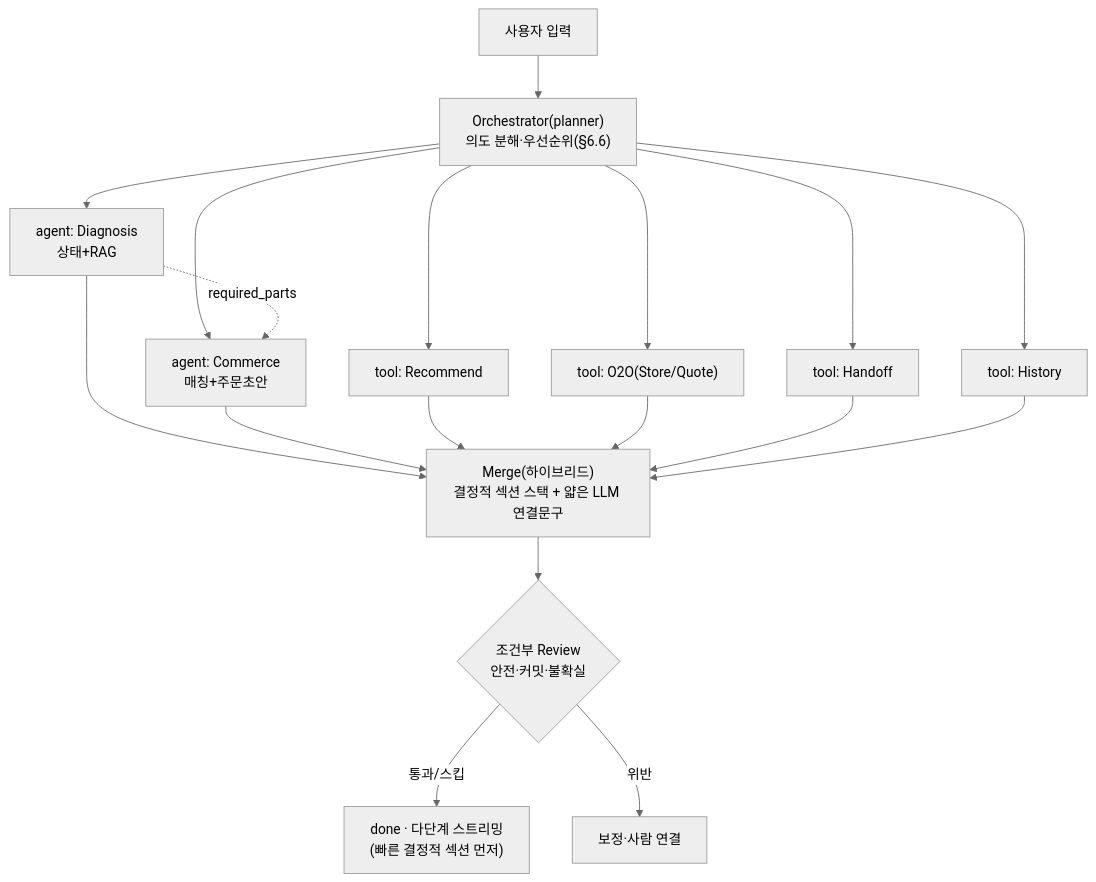
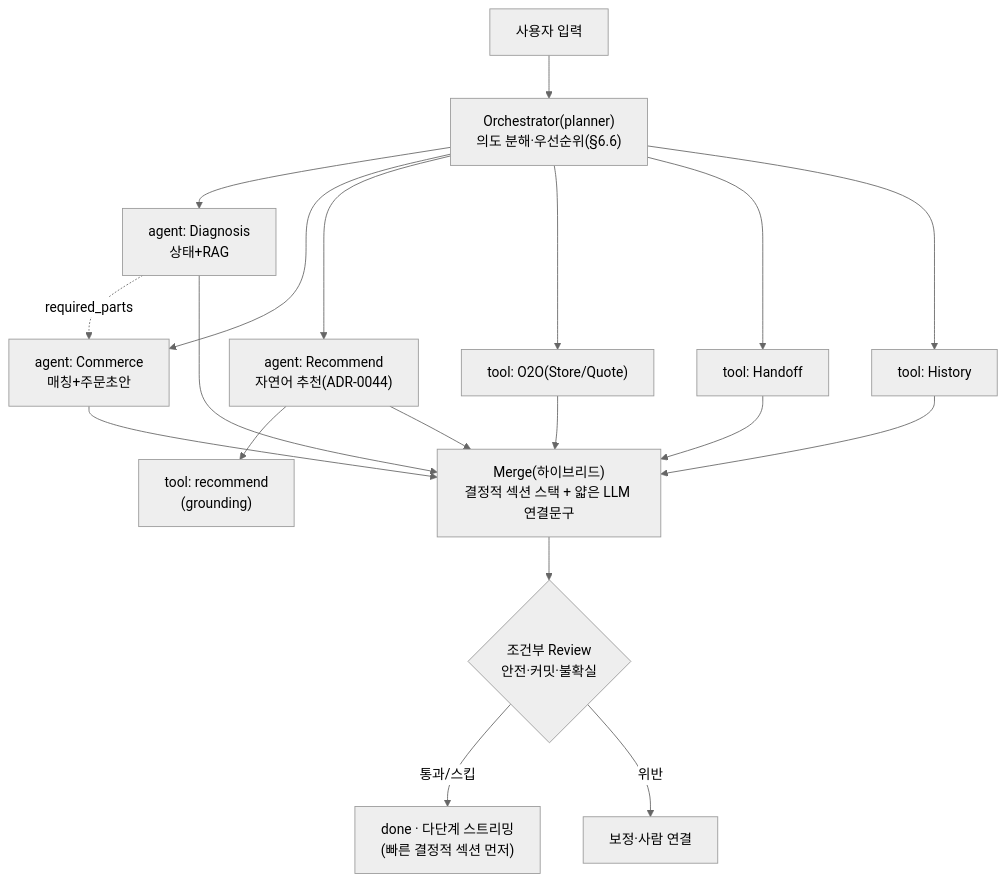
Diagram 31 of 31 in docs/diagrams.md (92LEEJUN/rubicon-3), drawn with Mermaid (neutral theme) before and after one commit. The commit also changed 7 other files, not shown here.

First line of the commit message:
feat(agents): Recommend를 agent로 승격 — 자연어 추천 reasoning (ADR-0044)

````diff
--- a/docs/diagrams.md
+++ b/docs/diagrams.md
@@ -691,20 +691,21 @@
 ```mermaid
 flowchart TD
   IN["사용자 입력"] --> ORCH["Orchestrator(planner)<br/>의도 분해·우선순위(§6.6)"]
   ORCH --> DIAG["agent: Diagnosis<br/>상태+RAG"]
   ORCH --> COMM["agent: Commerce<br/>매칭+주문초안"]
-  ORCH --> TREC["tool: Recommend"]
+  ORCH --> AREC["agent: Recommend<br/>자연어 추천(ADR-0044)"]
+  AREC --> TREC["tool: recommend<br/>(grounding)"]
   ORCH --> TO2O["tool: O2O(Store/Quote)"]
   ORCH --> THAND["tool: Handoff"]
   ORCH --> THIST["tool: History"]
   DIAG -. required_parts .-> COMM
   DIAG --> MERGE
   COMM --> MERGE
-  TREC --> MERGE
+  AREC --> MERGE
   TO2O --> MERGE
   THAND --> MERGE
   THIST --> MERGE
   MERGE["Merge(하이브리드)<br/>결정적 섹션 스택 + 얇은 LLM 연결문구"] --> REV{"조건부 Review<br/>안전·커밋·불확실"}
   REV -->|통과/스킵| DONE["done · 다단계 스트리밍<br/>(빠른 결정적 섹션 먼저)"]
   REV -->|위반| FB["보정·사람 연결"]
 ```
````
